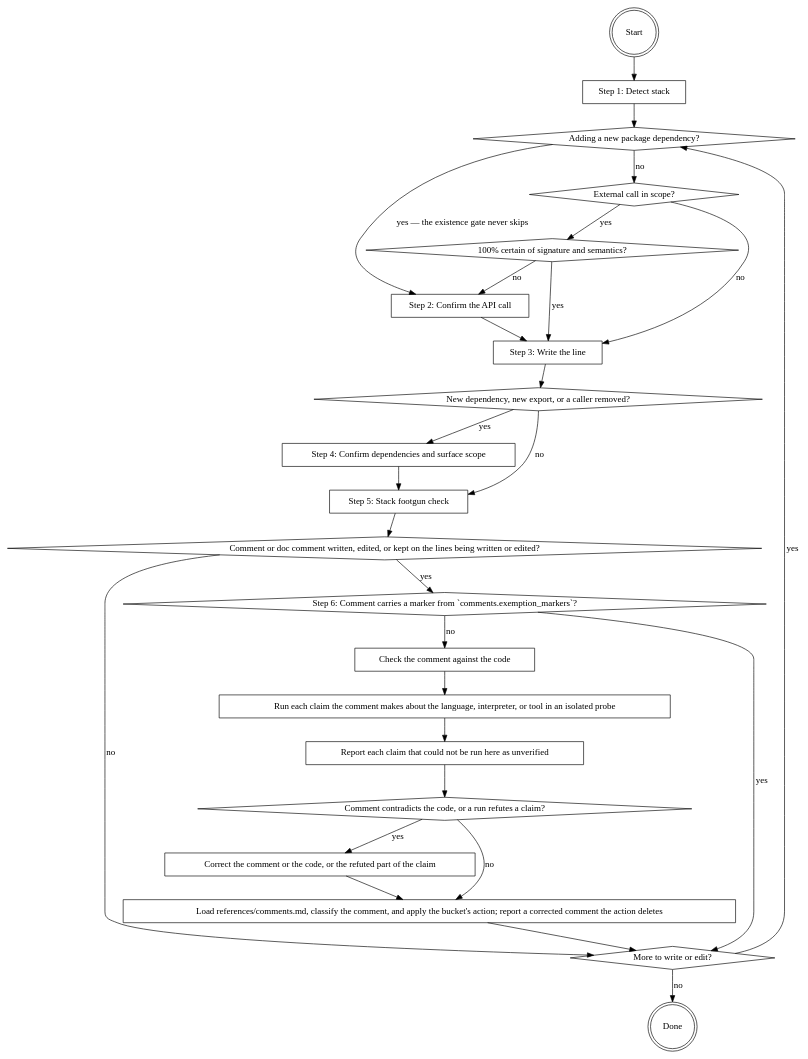
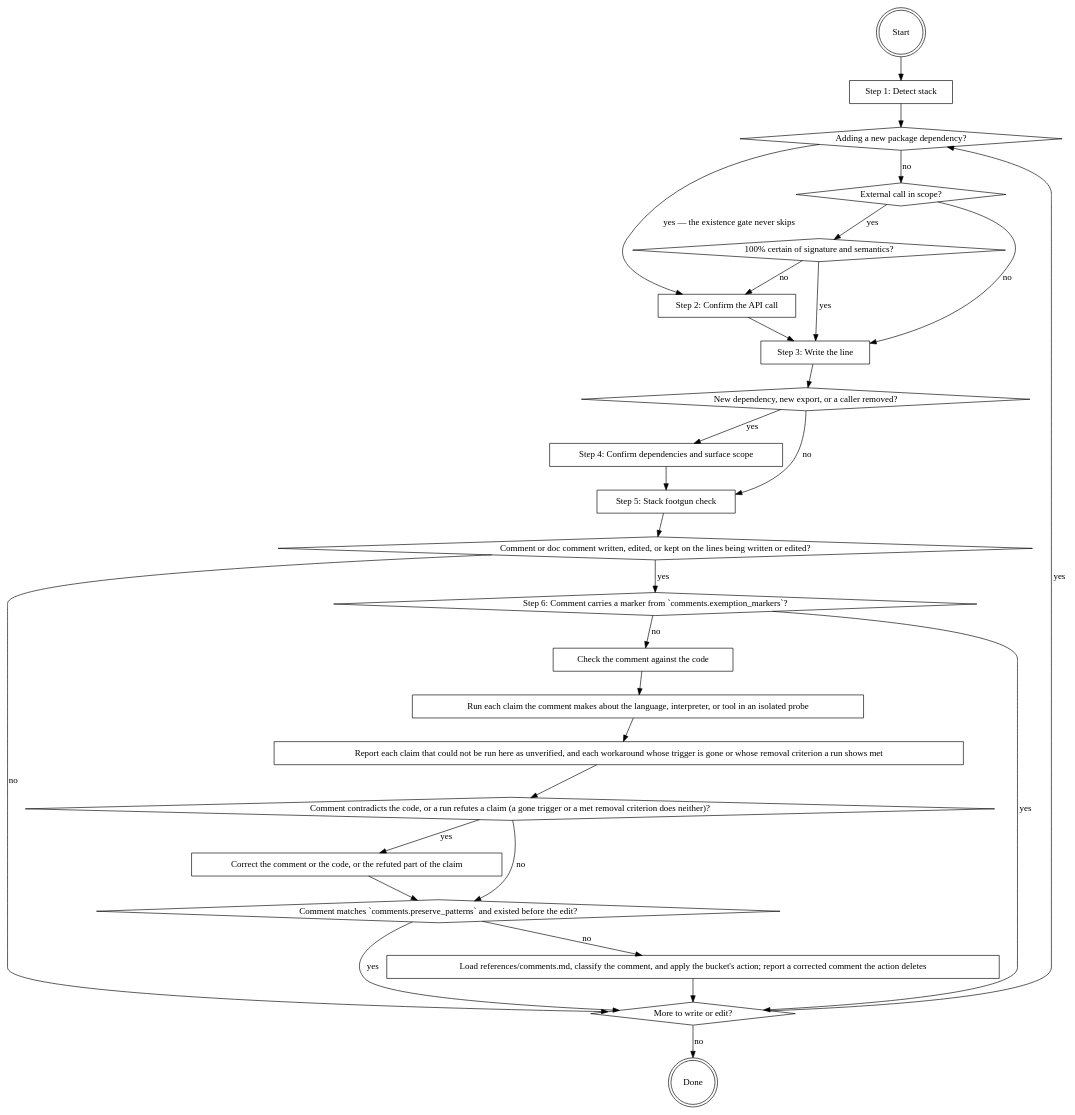
The diagram in plugins/software-writer/skills/writing-code/SKILL.md (it-bens/ai-tools), drawn with Graphviz before and after one commit. The commit also changed other lines of this file and 4 other files, not shown here.

````diff
--- a/plugins/software-writer/skills/writing-code/SKILL.md
+++ b/plugins/software-writer/skills/writing-code/SKILL.md
@@ -20,51 +20,54 @@
 ```dot
 digraph writing_code {
     "Start" [shape=doublecircle];
     "Step 1: Detect stack" [shape=box];
     "Adding a new package dependency?" [shape=diamond];
     "External call in scope?" [shape=diamond];
     "100% certain of signature and semantics?" [shape=diamond];
     "Step 2: Confirm the API call" [shape=box];
     "Step 3: Write the line" [shape=box];
     "New dependency, new export, or a caller removed?" [shape=diamond];
     "Step 4: Confirm dependencies and surface scope" [shape=box];
     "Step 5: Stack footgun check" [shape=box];
     "Comment or doc comment written, edited, or kept on the lines being written or edited?" [shape=diamond];
     "Step 6: Comment carries a marker from `comments.exemption_markers`?" [shape=diamond];
     "Check the comment against the code" [shape=box];
     "Run each claim the comment makes about the language, interpreter, or tool in an isolated probe" [shape=box];
-    "Report each claim that could not be run here as unverified" [shape=box];
-    "Comment contradicts the code, or a run refutes a claim?" [shape=diamond];
+    "Report each claim that could not be run here as unverified, and each workaround whose trigger is gone or whose removal criterion a run shows met" [shape=box];
+    "Comment contradicts the code, or a run refutes a claim (a gone trigger or a met removal criterion does neither)?" [shape=diamond];
     "Correct the comment or the code, or the refuted part of the claim" [shape=box];
+    "Comment matches `comments.preserve_patterns` and existed before the edit?" [shape=diamond];
     "Load references/comments.md, classify the comment, and apply the bucket's action; report a corrected comment the action deletes" [shape=box];
     "More to write or edit?" [shape=diamond];
     "Done" [shape=doublecircle];
 
     "Start" -> "Step 1: Detect stack" -> "Adding a new package dependency?";
     "Adding a new package dependency?" -> "Step 2: Confirm the API call" [label="yes — the existence gate never skips"];
     "Adding a new package dependency?" -> "External call in scope?" [label="no"];
     "External call in scope?" -> "100% certain of signature and semantics?" [label="yes"];
     "External call in scope?" -> "Step 3: Write the line" [label="no"];
     "100% certain of signature and semantics?" -> "Step 3: Write the line" [label="yes"];
     "100% certain of signature and semantics?" -> "Step 2: Confirm the API call" [label="no"];
     "Step 2: Confirm the API call" -> "Step 3: Write the line";
     "Step 3: Write the line" -> "New dependency, new export, or a caller removed?";
     "New dependency, new export, or a caller removed?" -> "Step 4: Confirm dependencies and surface scope" [label="yes"];
     "New dependency, new export, or a caller removed?" -> "Step 5: Stack footgun check" [label="no"];
     "Step 4: Confirm dependencies and surface scope" -> "Step 5: Stack footgun check";
     "Step 5: Stack footgun check" -> "Comment or doc comment written, edited, or kept on the lines being written or edited?";
     "Comment or doc comment written, edited, or kept on the lines being written or edited?" -> "Step 6: Comment carries a marker from `comments.exemption_markers`?" [label="yes"];
     "Comment or doc comment written, edited, or kept on the lines being written or edited?" -> "More to write or edit?" [label="no"];
     "Step 6: Comment carries a marker from `comments.exemption_markers`?" -> "More to write or edit?" [label="yes"];
     "Step 6: Comment carries a marker from `comments.exemption_markers`?" -> "Check the comment against the code" [label="no"];
     "Check the comment against the code" -> "Run each claim the comment makes about the language, interpreter, or tool in an isolated probe";
-    "Run each claim the comment makes about the language, interpreter, or tool in an isolated probe" -> "Report each claim that could not be run here as unverified";
-    "Report each claim that could not be run here as unverified" -> "Comment contradicts the code, or a run refutes a claim?";
-    "Comment contradicts the code, or a run refutes a claim?" -> "Correct the comment or the code, or the refuted part of the claim" [label="yes"];
-    "Comment contradicts the code, or a run refutes a claim?" -> "Load references/comments.md, classify the comment, and apply the bucket's action; report a corrected comment the action deletes" [label="no"];
-    "Correct the comment or the code, or the refuted part of the claim" -> "Load references/comments.md, classify the comment, and apply the bucket's action; report a corrected comment the action deletes";
+    "Run each claim the comment makes about the language, interpreter, or tool in an isolated probe" -> "Report each claim that could not be run here as unverified, and each workaround whose trigger is gone or whose removal criterion a run shows met";
+    "Report each claim that could not be run here as unverified, and each workaround whose trigger is gone or whose removal criterion a run shows met" -> "Comment contradicts the code, or a run refutes a claim (a gone trigger or a met removal criterion does neither)?";
+    "Comment contradicts the code, or a run refutes a claim (a gone trigger or a met removal criterion does neither)?" -> "Correct the comment or the code, or the refuted part of the claim" [label="yes"];
+    "Comment contradicts the code, or a run refutes a claim (a gone trigger or a met removal criterion does neither)?" -> "Comment matches `comments.preserve_patterns` and existed before the edit?" [label="no"];
+    "Correct the comment or the code, or the refuted part of the claim" -> "Comment matches `comments.preserve_patterns` and existed before the edit?";
+    "Comment matches `comments.preserve_patterns` and existed before the edit?" -> "More to write or edit?" [label="yes"];
+    "Comment matches `comments.preserve_patterns` and existed before the edit?" -> "Load references/comments.md, classify the comment, and apply the bucket's action; report a corrected comment the action deletes" [label="no"];
     "Load references/comments.md, classify the comment, and apply the bucket's action; report a corrected comment the action deletes" -> "More to write or edit?";
     "More to write or edit?" -> "Adding a new package dependency?" [label="yes"];
     "More to write or edit?" -> "Done" [label="no"];
 }
 ```
````
